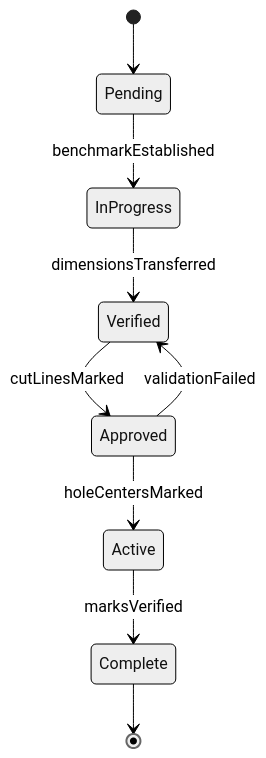
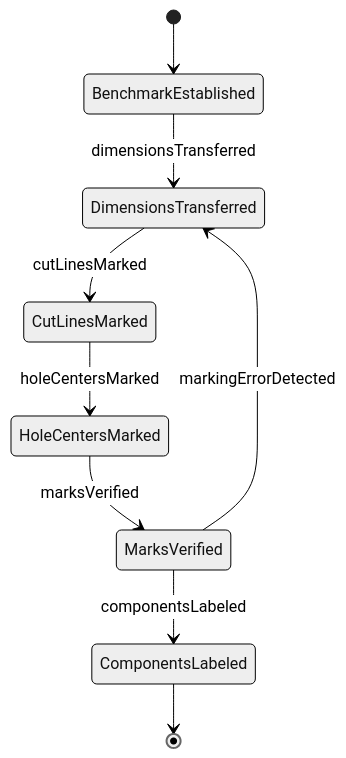
One commit to dot-org-ai/tasks.org.ai changed the second of 4 diagrams in HandlingAndMovingObjects/PositionMaterialsOrComponentsForAssembly/MarkReferencePointsConstructionMaterials.mdx. Above: the diagram before and after it, drawn with Mermaid (neutral theme). The commit also changed other lines of this file and 515 other files, not shown here.

````diff
--- a/HandlingAndMovingObjects/PositionMaterialsOrComponentsForAssembly/MarkReferencePointsConstructionMaterials.mdx
+++ b/HandlingAndMovingObjects/PositionMaterialsOrComponentsForAssembly/MarkReferencePointsConstructionMaterials.mdx
@@ -98,11 +98,11 @@
 ```mermaid
 stateDiagram-v2
-    [*] --> Pending
-    Pending --> InProgress : benchmarkEstablished
-    InProgress --> Verified : dimensionsTransferred
-    Verified --> Approved : cutLinesMarked
-    Approved --> Active : holeCentersMarked
-    Active --> Complete : marksVerified
-    Approved --> Verified : validationFailed
-    Complete --> [*]
+    [*] --> BenchmarkEstablished
+    BenchmarkEstablished --> DimensionsTransferred : dimensionsTransferred
+    DimensionsTransferred --> CutLinesMarked : cutLinesMarked
+    CutLinesMarked --> HoleCentersMarked : holeCentersMarked
+    HoleCentersMarked --> MarksVerified : marksVerified
+    MarksVerified --> DimensionsTransferred : markingErrorDetected
+    MarksVerified --> ComponentsLabeled : componentsLabeled
+    ComponentsLabeled --> [*]
 ```
````
